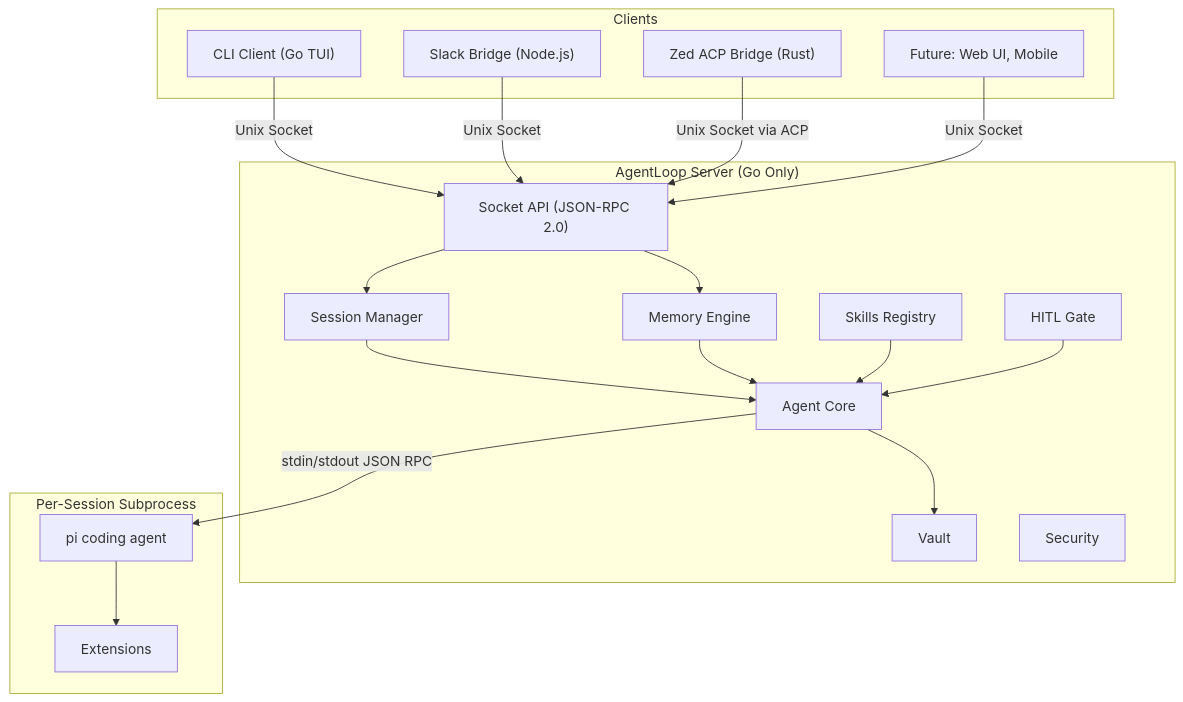
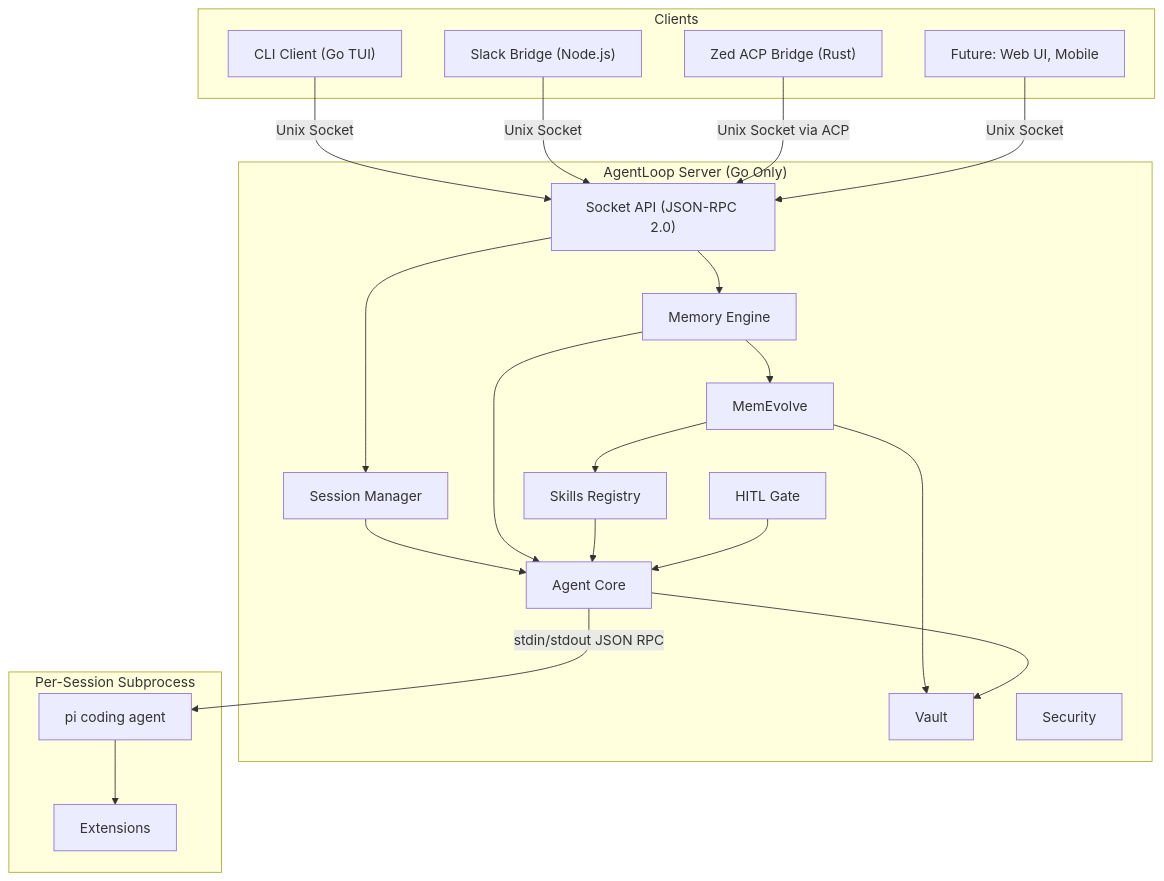
One commit to MarcoMruz/agentloop-docs changed the diagram in src/content/docs/architecture/system-design.mdx. Above: the diagram before and after it, drawn with Mermaid. The commit also changed other lines of this file and 1 other file, not shown here.

Commit message:
Add memevolve to architecture diagram

````diff
--- a/src/content/docs/architecture/system-design.mdx
+++ b/src/content/docs/architecture/system-design.mdx
@@ -45,40 +45,44 @@
 ```mermaid
 graph TD
     subgraph Clients
         CLI["CLI Client (Go TUI)"]
         Slack["Slack Bridge (Node.js)"]
         Zed["Zed ACP Bridge (Rust)"]
         Web["Future: Web UI, Mobile"]
     end
 
     subgraph "AgentLoop Server (Go Only)"
         API["Socket API (JSON-RPC 2.0)"]
         SM["Session Manager"]
         Mem["Memory Engine"]
+        ME["MemEvolve"]
         Core["Agent Core"]
         Skills["Skills Registry"]
         HITL["HITL Gate"]
         Vault["Vault"]
         Sec["Security"]
     end
 
     subgraph "Per-Session Subprocess"
         Pi["pi coding agent"]
         Ext["Extensions"]
     end
 
     CLI -->|Unix Socket| API
     Slack -->|Unix Socket| API
     Zed -->|Unix Socket via ACP| API
     Web -->|Unix Socket| API
 
     API --> SM
     API --> Mem
     SM --> Core
     Mem --> Core
+    Mem --> ME
+    ME --> Vault
+    ME --> Skills
     Skills --> Core
     HITL --> Core
     Core -->|stdin/stdout JSON RPC| Pi
     Pi --> Ext
     Core --> Vault
 ```
````
